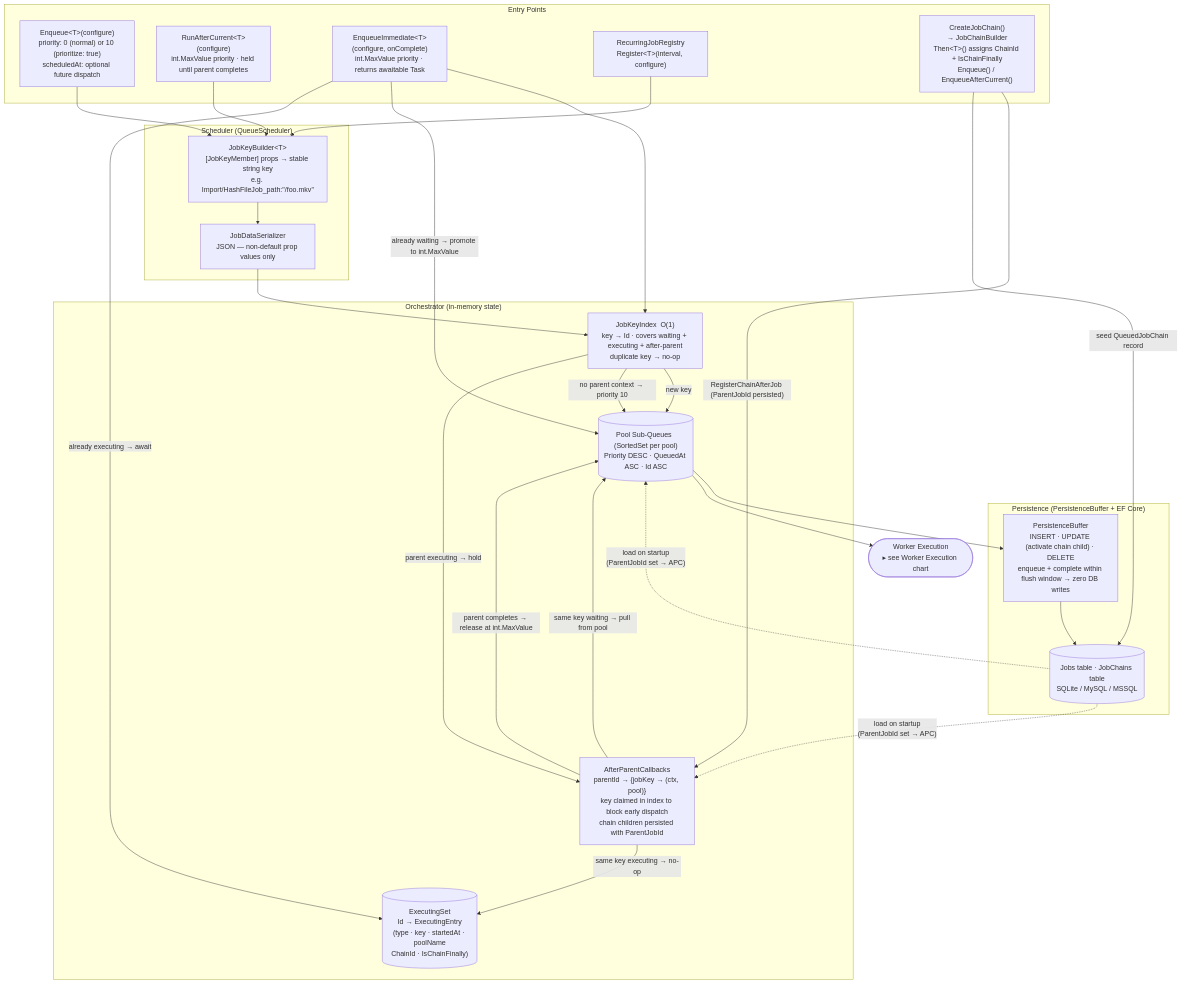
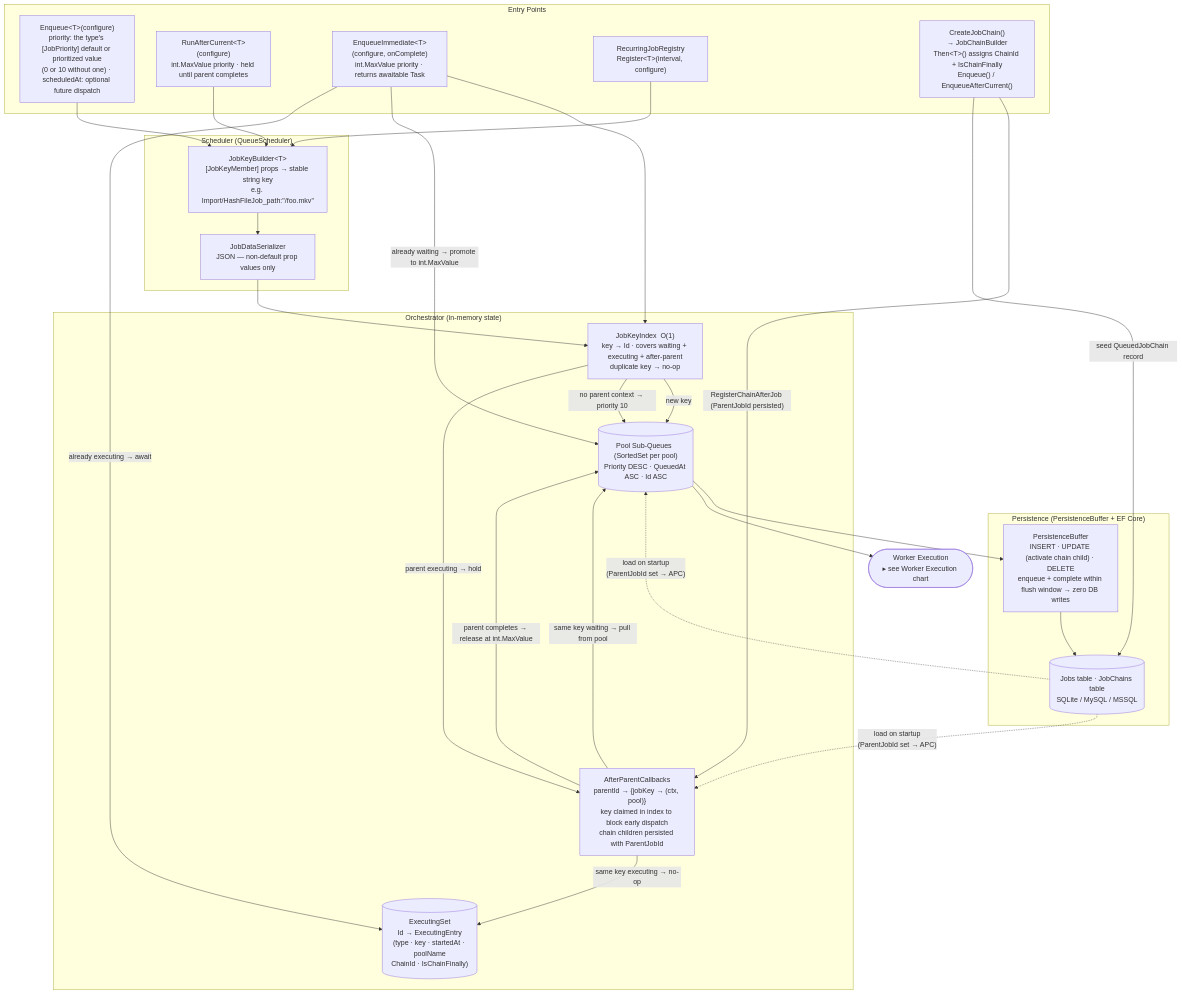
The second of 5 diagrams in Shoko.QueueProcessor/README.md (ShokoAnime/ShokoServer), drawn with Mermaid before and after one commit. The commit also changed other lines of this file and 88 other files, not shown here.

````diff
--- a/Shoko.QueueProcessor/README.md
+++ b/Shoko.QueueProcessor/README.md
@@ -61,53 +61,53 @@
 ```mermaid
 flowchart TD
     subgraph Callers["Entry Points"]
-        ENQ["Enqueue&lt;T&gt;(configure)<br/>priority: 0 (normal) or 10 (prioritize: true)<br/>scheduledAt: optional future dispatch"]
+        ENQ["Enqueue&lt;T&gt;(configure)<br/>priority: the type's [JobPriority] default or prioritized value<br/>(0 or 10 without one) · scheduledAt: optional future dispatch"]
         RAC["RunAfterCurrent&lt;T&gt;(configure)<br/>int.MaxValue priority · held until parent completes"]
         ENQI["EnqueueImmediate&lt;T&gt;(configure, onComplete)<br/>int.MaxValue priority · returns awaitable Task"]
         REC["RecurringJobRegistry<br/>Register&lt;T&gt;(interval, configure)"]
         CCB["CreateJobChain()<br/>→ JobChainBuilder<br/>Then&lt;T&gt;() assigns ChainId + IsChainFinally<br/>Enqueue() / EnqueueAfterCurrent()"]
     end
 
     subgraph Sched["Scheduler  (QueueScheduler)"]
         KB["JobKeyBuilder&lt;T&gt;<br/>[JobKeyMember] props → stable string key<br/>e.g. Import/HashFileJob_path:&quot;/foo.mkv&quot;"]
         SER["JobDataSerializer<br/>JSON — non-default prop values only"]
     end
 
     subgraph Orch["Orchestrator  (in-memory state)"]
         IDX["JobKeyIndex  O(1)<br/>key → Id · covers waiting + executing + after-parent<br/>duplicate key → no-op"]
         WQ[("Pool Sub-Queues  (SortedSet per pool)<br/>Priority DESC · QueuedAt ASC · Id ASC")]
         APC["AfterParentCallbacks<br/>parentId → {jobKey → (ctx, pool)}<br/>key claimed in index to block early dispatch<br/>chain children persisted with ParentJobId"]
         EXEC[("ExecutingSet<br/>Id → ExecutingEntry<br/>(type · key · startedAt · poolName<br/>ChainId · IsChainFinally)")]
     end
 
     subgraph Persist["Persistence  (PersistenceBuffer + EF Core)"]
         PBUF["PersistenceBuffer<br/>INSERT · UPDATE (activate chain child) · DELETE<br/>enqueue + complete within flush window → zero DB writes"]
         DB[("Jobs table · JobChains table<br/>SQLite / MySQL / MSSQL")]
     end
 
     WEXEC(["Worker Execution<br/>▸ see Worker Execution chart"])
 
     %% ── Normal enqueue ───────────────────────────────────
     ENQ & REC --> KB --> SER --> IDX
     IDX -- "new key" --> WQ
     WQ --> PBUF --> DB
     DB -. "load on startup<br/>(ParentJobId set → APC)" .-> WQ & APC
 
     %% ── RunAfterCurrent / chain ──────────────────────────
     RAC --> KB
     IDX -- "no parent context → priority 10" --> WQ
     IDX -- "parent executing → hold" --> APC
     APC -- "same key waiting → pull from pool" --> WQ
     APC -- "same key executing → no-op" --> EXEC
     CCB -- "RegisterChainAfterJob (ParentJobId persisted)" --> APC
     CCB -- "seed QueuedJobChain record" --> DB
 
     %% ── EnqueueImmediate ─────────────────────────────────
     ENQI --> IDX
     ENQI -- "already waiting → promote to int.MaxValue" --> WQ
     ENQI -- "already executing → await" --> EXEC
 
     %% ── Drain into workers ───────────────────────────────
     WQ --> WEXEC
     APC -- "parent completes → release at int.MaxValue" --> WQ
 ```
````
